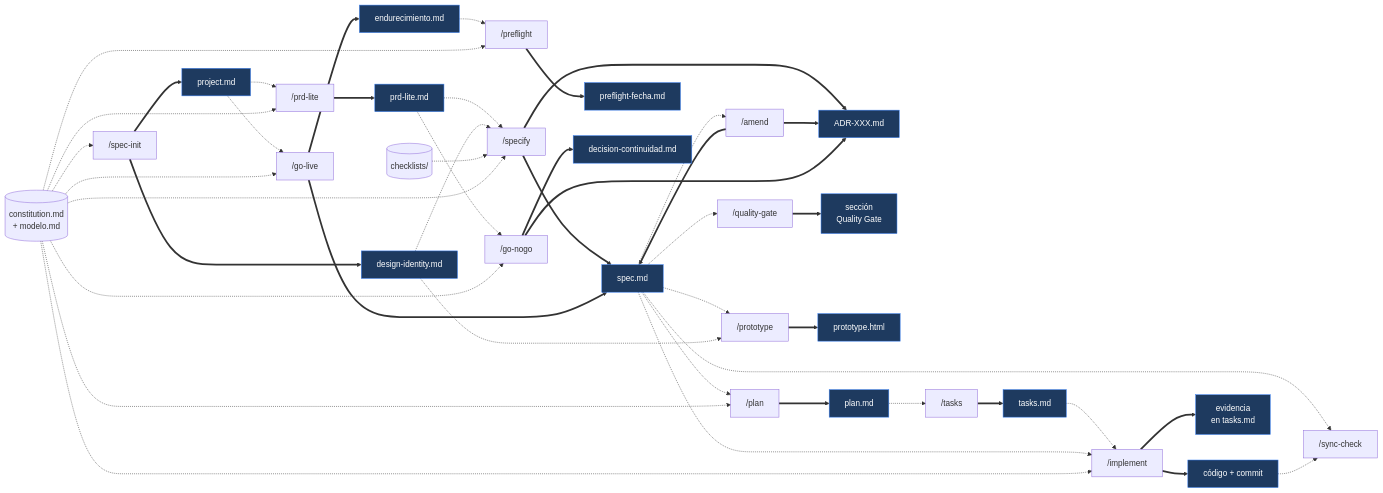
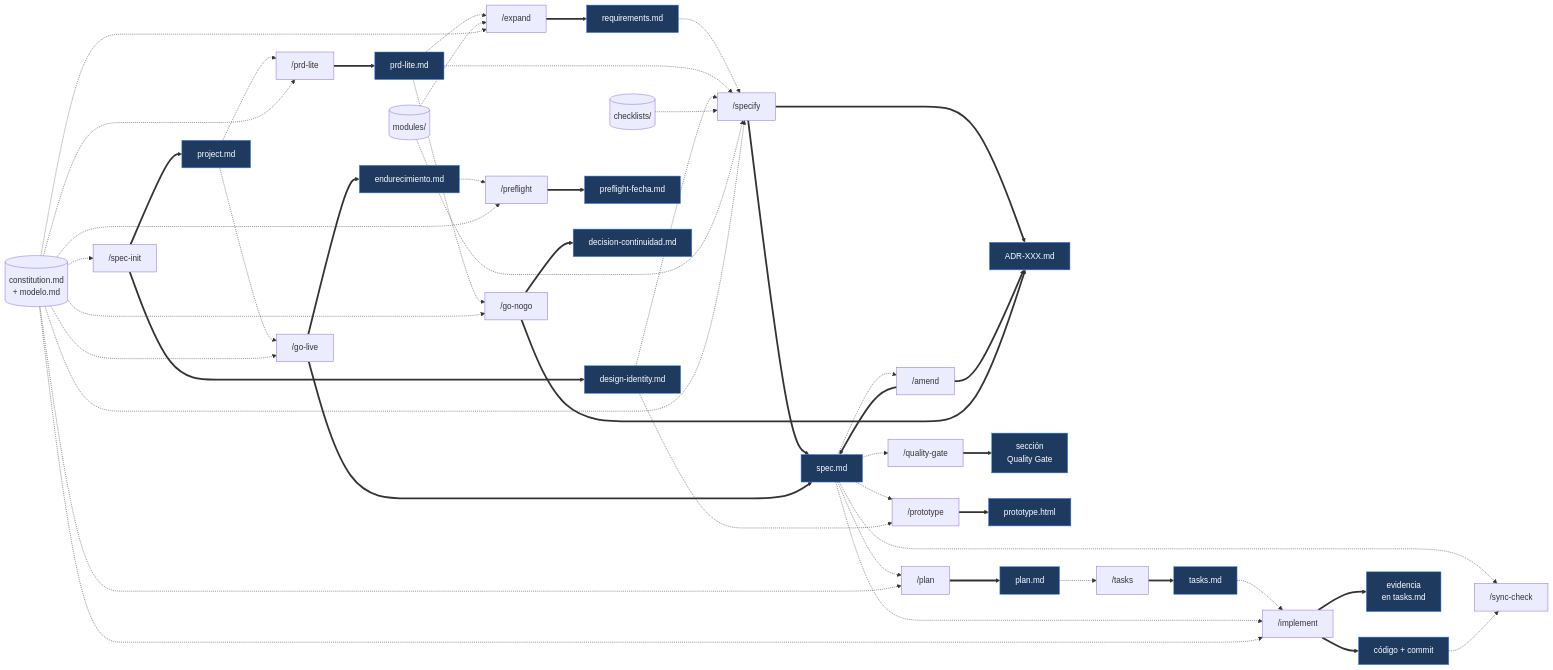
Before and after one commit to victorjaviercorral/spec-vjc-framework: the fifth of 10 diagrams in docs/diagramas.md, drawn with Mermaid. The commit also changed other lines of this file and 24 other files, not shown here.

First line of the commit message:
v1.2.0: capa de expansion generativa (/expand) y modelo de negocio en el PRD

````diff
--- a/docs/diagramas.md
+++ b/docs/diagramas.md
@@ -161,56 +161,62 @@
 ```mermaid
 flowchart LR
     CONST[("constitution.md<br/>+ modelo.md")]
 
     SI["/spec-init"] ==> PJ["project.md"]
     SI ==> DI["design-identity.md"]
 
     PJ -.-> PL["/prd-lite"]
     PL ==> PRD["prd-lite.md"]
 
-    PRD -.-> SP["/specify"]
+    PRD -.-> EX["/expand"]
+    EX ==> REQ["requirements.md"]
+
+    REQ -.-> SP["/specify"]
+    PRD -.-> SP
     DI -.-> SP
     CHK[("checklists/")] -.-> SP
+    MOD[("modules/")] -.-> EX
+    MOD -.-> SP
     SP ==> SPEC["spec.md"]
     SP ==> ADR["ADR-XXX.md"]
 
     SPEC -.-> QG["/quality-gate"]
     QG ==> GATE["sección<br/>Quality Gate"]
 
     SPEC -.-> PT["/prototype"]
     DI -.-> PT
     PT ==> HTML["prototype.html"]
 
     SPEC -.-> PN["/plan"]
     PN ==> PLAN["plan.md"]
     PLAN -.-> TK["/tasks"]
     TK ==> TASKS["tasks.md"]
 
     TASKS -.-> IM["/implement"]
     SPEC -.-> IM
     IM ==> CODE["código + commit"]
     IM ==> EV["evidencia<br/>en tasks.md"]
 
     SPEC -.-> SC["/sync-check"]
     CODE -.-> SC
 
     SPEC -.-> AM["/amend"]
     AM ==> SPEC
     AM ==> ADR
 
     PJ -.-> GL["/go-live"]
     GL ==> END["endurecimiento.md"]
     GL ==> SPEC
 
     END -.-> PF["/preflight"]
     PF ==> PFR["preflight-fecha.md"]
 
     PRD -.-> GN["/go-nogo"]
     GN ==> DEC["decision-continuidad.md"]
     GN ==> ADR
 
-    CONST -.-> SI & PL & SP & PN & IM & GL & PF & GN
+    CONST -.-> SI & PL & EX & SP & PN & IM & GL & PF & GN
 
     classDef art fill:#1e3a5f,stroke:#3b82f6,color:#fff
-    class PJ,DI,PRD,SPEC,ADR,GATE,HTML,PLAN,TASKS,CODE,EV,END,PFR,DEC art
+    class PJ,DI,PRD,REQ,SPEC,ADR,GATE,HTML,PLAN,TASKS,CODE,EV,END,PFR,DEC art
 ```
````
